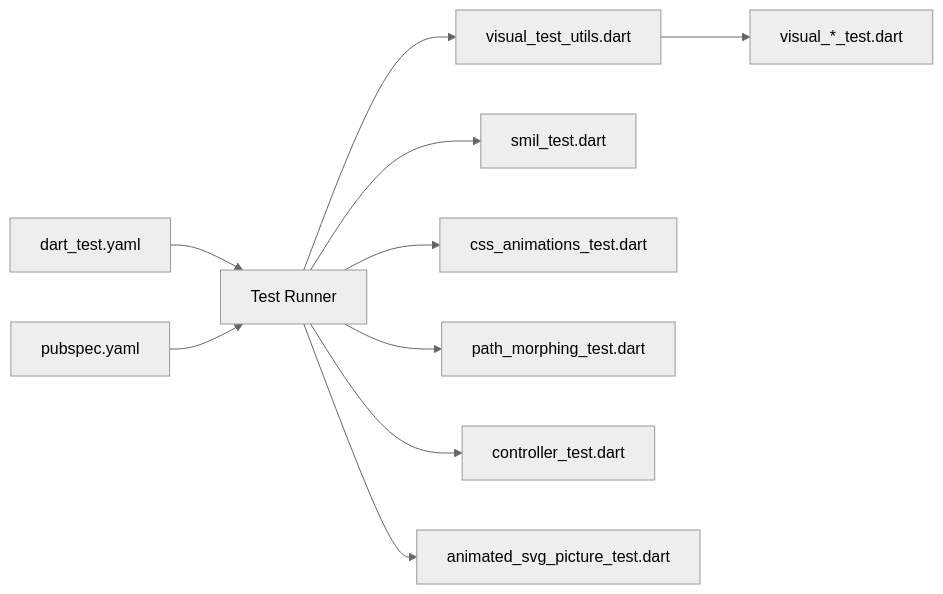
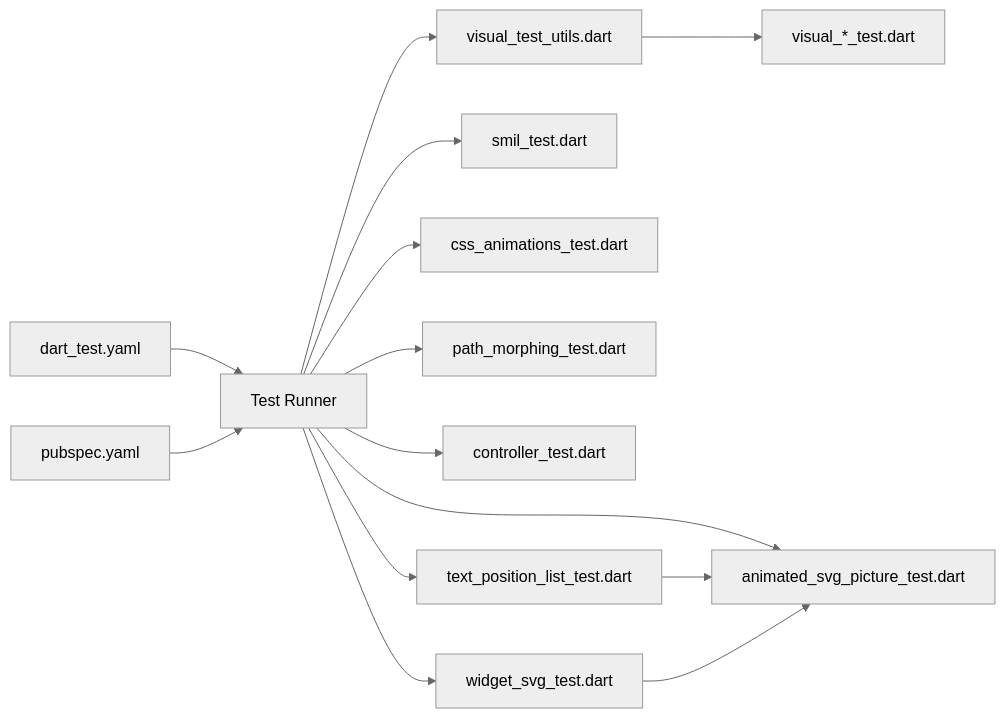
The sixth of 6 diagrams in .qoder/repowiki/en/content/Testing and Quality Assurance.md (denisnadey/flutter_full_svg_support), drawn with Mermaid (neutral theme) before and after one commit. The commit also changed other lines of this file and 58 other files, not shown here.

First line of the commit message:
docs(animated-svg): add utility classes and enhance text rendering features

````diff
--- a/.qoder/repowiki/en/content/Testing and Quality Assurance.md
+++ b/.qoder/repowiki/en/content/Testing and Quality Assurance.md
@@ -283,12 +363,16 @@
 ```mermaid
 graph LR
 D["dart_test.yaml"] --> T["Test Runner"]
 P["pubspec.yaml"] --> T
 T --> V["visual_test_utils.dart"]
 T --> S["smil_test.dart"]
 T --> C["css_animations_test.dart"]
 T --> PM["path_morphing_test.dart"]
 T --> CT["controller_test.dart"]
 T --> AP["animated_svg_picture_test.dart"]
+T --> TP["text_position_list_test.dart"]
+T --> WS["widget_svg_test.dart"]
 V --> VT["visual_*_test.dart"]
+TP --> AP
+WS --> AP
 ```
````
